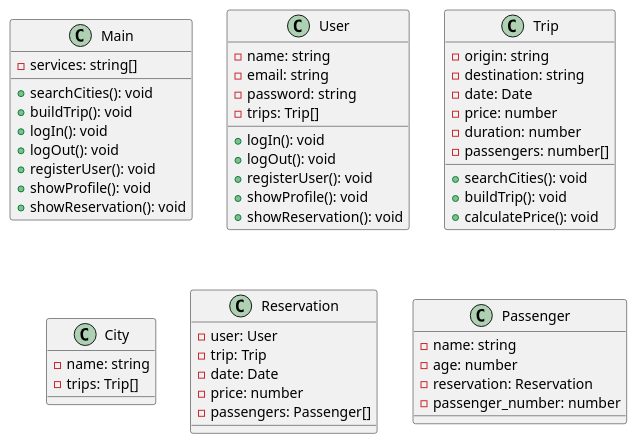
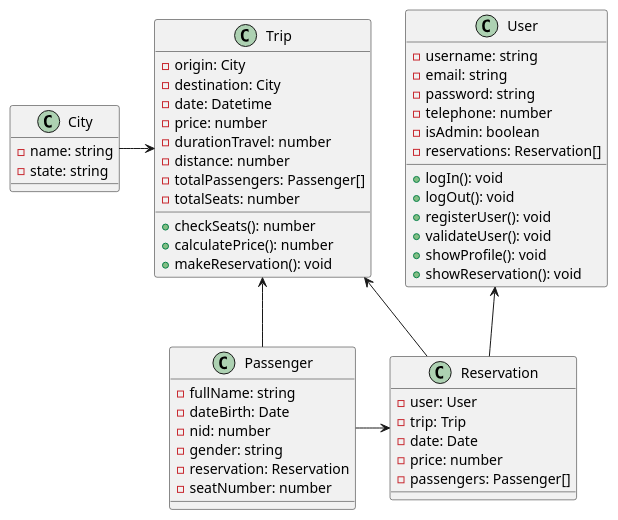
Before and after one commit to NKAmazing/PlatformUM: the diagram in Diagrams/platformUM-diagram.puml, drawn with PlantUML.

Commit message:
Close #1 Diagrama terminado

```diff
--- a/Diagrams/platformUM-diagram.puml
+++ b/Diagrams/platformUM-diagram.puml
@@ -1,60 +1,62 @@
 @startuml PlatformUM
 
 '''Diagrama de clases de una aplicacion que brinda servicios de viajes'''
 
-class Main {
-    - services: string[]
-    + searchCities(): void
-    + buildTrip(): void
+class User {
+    - username: string
+    - email: string
+    - password: string
+    - telephone: number
+    - isAdmin: boolean
+    - reservations: Reservation[]
     + logIn(): void
     + logOut(): void
     + registerUser(): void
-    + showProfile(): void
-    + showReservation(): void
-}
-
-class User {
-    - name: string
-    - email: string
-    - password: string
-    - trips: Trip[]
-    + logIn(): void
-    + logOut(): void
-    + registerUser(): void
+    + validateUser(): void
     + showProfile(): void
     + showReservation(): void
 }
 
 class Trip {
-    - origin: string
-    - destination: string
-    - date: Date
+    - origin: City
+    - destination: City
+    - date: Datetime
     - price: number
-    - duration: number
-    - passengers: number[]
-    + searchCities(): void
-    + buildTrip(): void
-    + calculatePrice(): void
+    - durationTravel: number
+    - distance: number
+    - totalPassengers: Passenger[]
+    - totalSeats: number
+    + checkSeats(): number
+    + calculatePrice(): number
+    + makeReservation(): void
 }
 
 class City {
     - name: string
-    - trips: Trip[]
+    - state: string
 }
 
 class Reservation {
     - user: User
     - trip: Trip
     - date: Date
     - price: number
     - passengers: Passenger[]
 }
 
 class Passenger {
-    - name: string
-    - age: number
+    - fullName: string
+    - dateBirth: Date
+    - nid: number
+    - gender: string
     - reservation: Reservation
-    - passenger_number: number
+    - seatNumber: number
 }
 
+City -r-> Trip
+Passenger --r--> Reservation
+Passenger -u-> Trip
+Reservation -u-> Trip
+Reservation -u-> User
+
 @enduml
```
